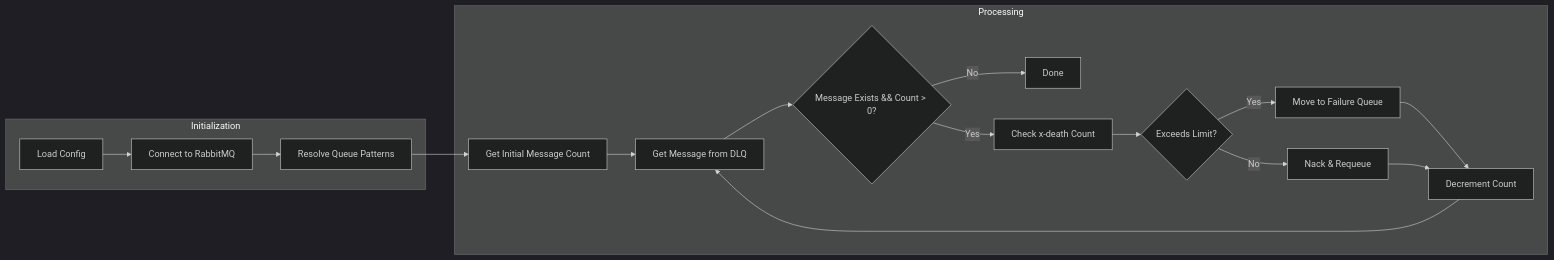
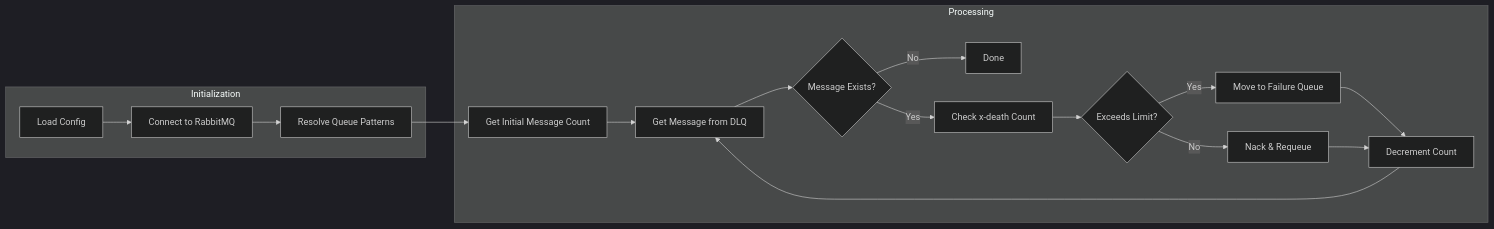
Before and after one commit to Re4zOon/rmq-retry-checker: the second of 4 diagrams in docs/architecture.md, drawn with Mermaid (dark theme).

````diff
--- a/docs/architecture.md
+++ b/docs/architecture.md
@@ -25,22 +25,22 @@
 ```mermaid
 flowchart LR
     subgraph Initialization
         A1[Load Config] --> A2[Connect to RabbitMQ]
         A2 --> A3[Resolve Queue Patterns]
     end
     
     subgraph Processing
         B0[Get Initial Message Count] --> B1[Get Message from DLQ]
-        B1 --> B2{Message Exists && Count > 0?}
+        B1 --> B2{Message Exists?}
         B2 -->|No| B4[Done]
         B2 -->|Yes| B3[Check x-death Count]
         B3 --> B5{Exceeds Limit?}
         B5 -->|Yes| B6[Move to Failure Queue]
         B5 -->|No| B7[Nack & Requeue]
         B6 --> B8[Decrement Count]
         B7 --> B8
         B8 --> B1
     end
     
     A3 --> B0
 ```
````
